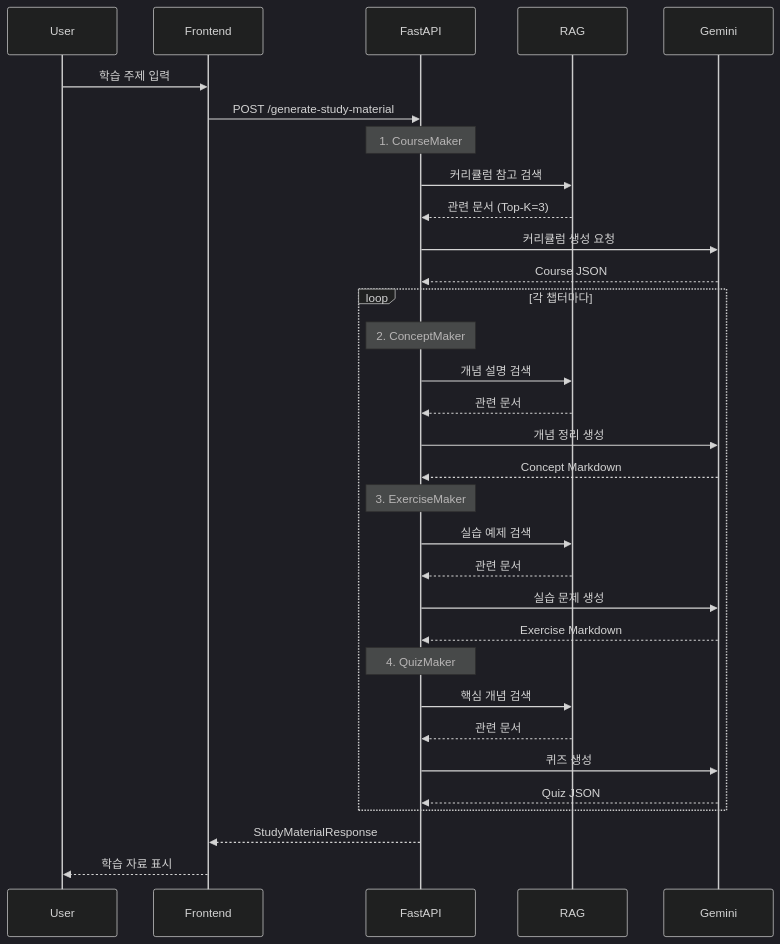
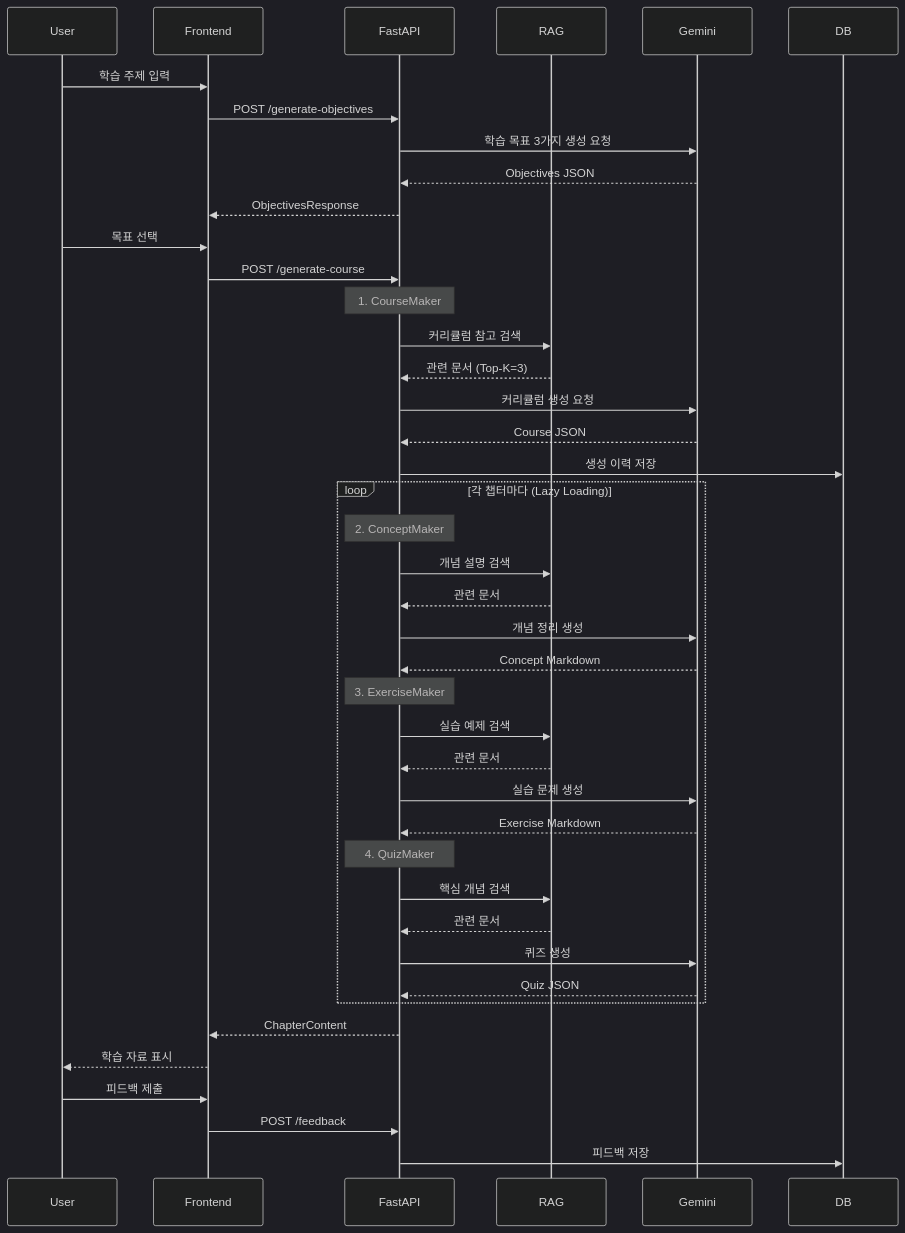
Before and after one commit to I-nkamanda/poppins: the second of 3 diagrams in plans/pop_pins_ii_architecture.md, drawn with Mermaid (dark theme). The commit also changed other lines of this file and 15 other files, not shown here.

````diff
--- a/plans/pop_pins_ii_architecture.md
+++ b/plans/pop_pins_ii_architecture.md
@@ -207,40 +223,52 @@
 ```mermaid
 sequenceDiagram
     participant User
     participant Frontend
     participant FastAPI
     participant RAG
     participant Gemini
+    participant DB
     
     User->>Frontend: 학습 주제 입력
-    Frontend->>FastAPI: POST /generate-study-material
+    Frontend->>FastAPI: POST /generate-objectives
+    FastAPI->>Gemini: 학습 목표 3가지 생성 요청
+    Gemini-->>FastAPI: Objectives JSON
+    FastAPI-->>Frontend: ObjectivesResponse
+    
+    User->>Frontend: 목표 선택
+    Frontend->>FastAPI: POST /generate-course
     
     Note over FastAPI: 1. CourseMaker
     FastAPI->>RAG: 커리큘럼 참고 검색
     RAG-->>FastAPI: 관련 문서 (Top-K=3)
     FastAPI->>Gemini: 커리큘럼 생성 요청
     Gemini-->>FastAPI: Course JSON
+    FastAPI->>DB: 생성 이력 저장
     
-    loop 각 챕터마다
+    loop 각 챕터마다 (Lazy Loading)
         Note over FastAPI: 2. ConceptMaker
         FastAPI->>RAG: 개념 설명 검색
         RAG-->>FastAPI: 관련 문서
         FastAPI->>Gemini: 개념 정리 생성
         Gemini-->>FastAPI: Concept Markdown
         
         Note over FastAPI: 3. ExerciseMaker
         FastAPI->>RAG: 실습 예제 검색
         RAG-->>FastAPI: 관련 문서
         FastAPI->>Gemini: 실습 문제 생성
         Gemini-->>FastAPI: Exercise Markdown
         
         Note over FastAPI: 4. QuizMaker
         FastAPI->>RAG: 핵심 개념 검색
         RAG-->>FastAPI: 관련 문서
         FastAPI->>Gemini: 퀴즈 생성
         Gemini-->>FastAPI: Quiz JSON
     end
     
-    FastAPI-->>Frontend: StudyMaterialResponse
+    FastAPI-->>Frontend: ChapterContent
     Frontend-->>User: 학습 자료 표시
+    
+    User->>Frontend: 피드백 제출
+    Frontend->>FastAPI: POST /feedback
+    FastAPI->>DB: 피드백 저장
 ```
````
